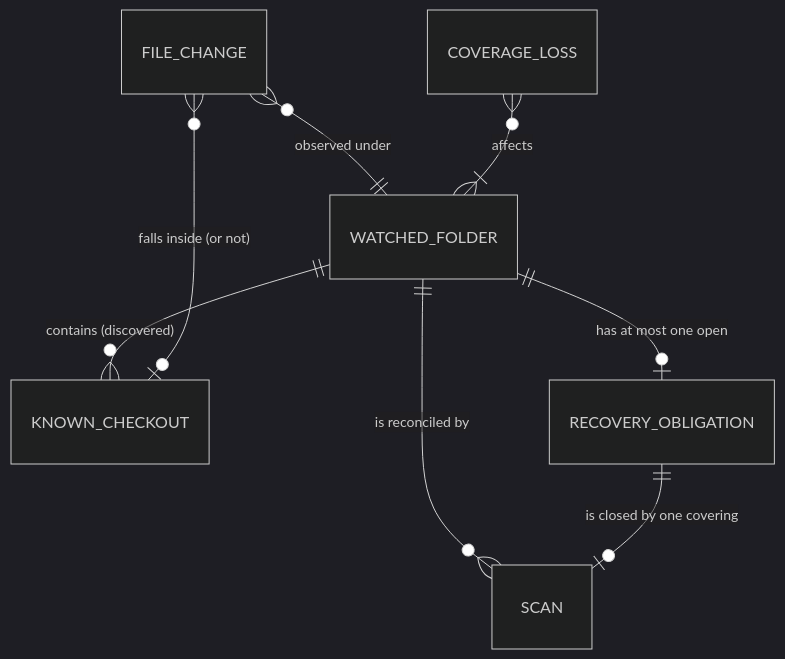
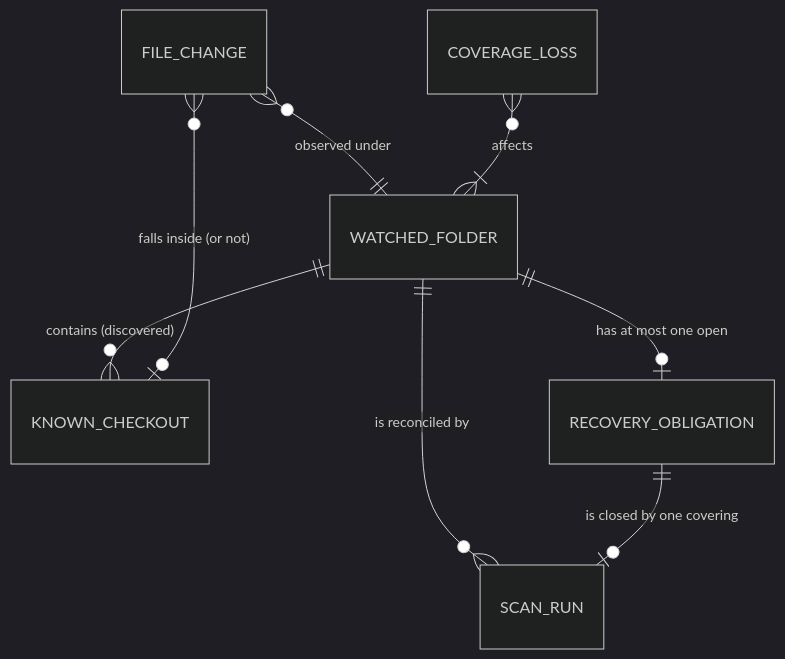
Before and after one commit to getagentstudio/agentstudio: the diagram in docs/specs/2026-11-04-fsevents-overload/2026-11-04-fsevents-overload-specification.md, drawn with Mermaid (dark theme). The commit also changed other lines of this file and 4 other files, not shown here.

````diff
--- a/docs/specs/2026-11-04-fsevents-overload/2026-11-04-fsevents-overload-specification.md
+++ b/docs/specs/2026-11-04-fsevents-overload/2026-11-04-fsevents-overload-specification.md
@@ -24,10 +26,10 @@
 ```mermaid
 erDiagram
   WATCHED_FOLDER ||--o{ KNOWN_CHECKOUT : "contains (discovered)"
   WATCHED_FOLDER ||--o| RECOVERY_OBLIGATION : "has at most one open"
-  WATCHED_FOLDER ||--o{ SCAN : "is reconciled by"
+  WATCHED_FOLDER ||--o{ SCAN_RUN : "is reconciled by"
   FILE_CHANGE }o--|| WATCHED_FOLDER : "observed under"
   FILE_CHANGE }o--o| KNOWN_CHECKOUT : "falls inside (or not)"
   COVERAGE_LOSS }o--|{ WATCHED_FOLDER : "affects"
-  RECOVERY_OBLIGATION ||--o| SCAN : "is closed by one covering"
+  RECOVERY_OBLIGATION ||--o| SCAN_RUN : "is closed by one covering"
 ```
````
